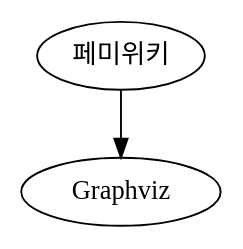
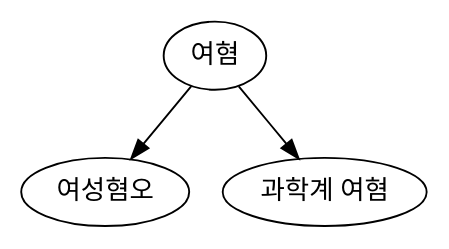
The diagram in example.dot (femiwiki/graphviz-lambda), drawn with Graphviz before and after one commit.

```diff
--- a/example.dot
+++ b/example.dot
@@ -1,5 +1,7 @@
 digraph {
-    A [label="페미위키"];
-    B [label="Graphviz"];
-    A -> B;
+    A [label="여혐"];
+    B [label="여성혐오"];
+    C [label="문학계 여혐"];
+    C [label="과학계 여혐"];
+    A -> {B, C};
 }
```
